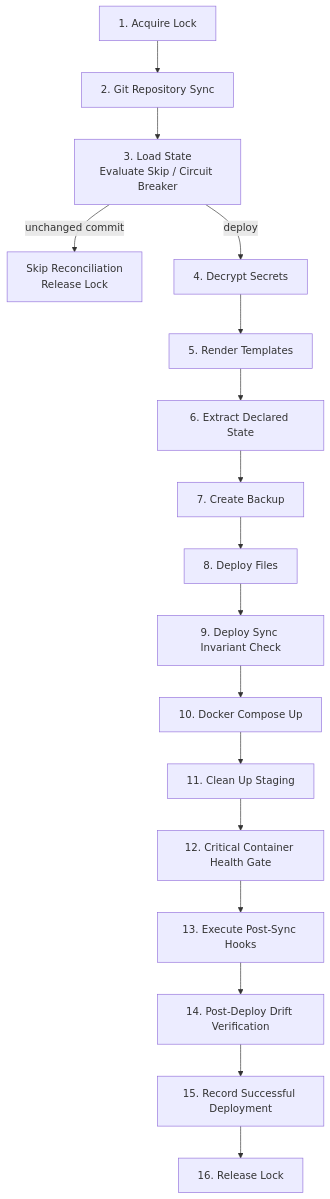
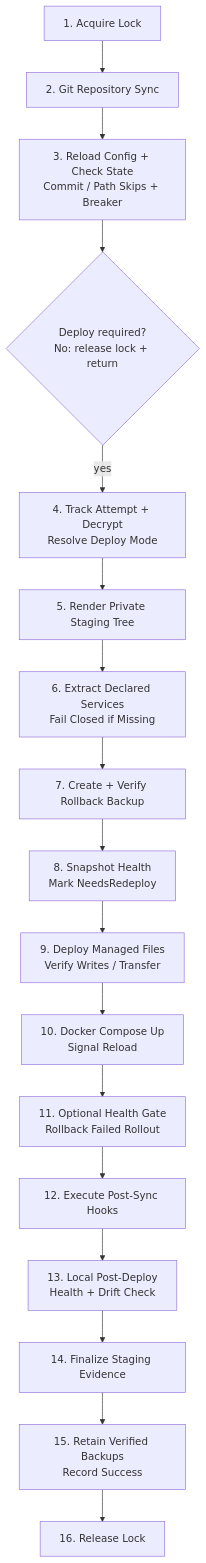
One commit to cameronsjo/bosun changed the diagram in docs/diagrams/reconcile-pipeline.mmd. Above: the diagram before and after it, drawn with Mermaid. The commit also changed 1 other file, not shown here.

Commit message:
docs: align reconcile diagram with deployed pipeline
* docs: refresh reconcile and locking diagrams

Fixes #436

* docs: align reconcile diagram with deployed pipeline

* docs: show reconcile skip exit in diagram

---------

```diff
--- a/docs/diagrams/reconcile-pipeline.mmd
+++ b/docs/diagrams/reconcile-pipeline.mmd
@@ -1,17 +1,17 @@
 flowchart TD
     AcquireLock["1. Acquire Lock"] --> GitSync["2. Git Repository Sync"]
-    GitSync --> LoadState["3. Load State<br/>Evaluate Skip / Circuit Breaker"]
-    LoadState -->|unchanged commit| Skip["Skip Reconciliation<br/>Release Lock"]
-    LoadState -->|deploy| Decrypt["4. Decrypt Secrets"]
-    Decrypt --> Render["5. Render Templates"]
-    Render --> DeclaredState["6. Extract Declared State"]
-    DeclaredState --> Backup["7. Create Backup"]
-    Backup --> Deploy["8. Deploy Files"]
-    Deploy --> Invariant["9. Deploy Sync Invariant Check"]
-    Invariant --> Compose["10. Docker Compose Up"]
-    Compose --> Cleanup["11. Clean Up Staging"]
-    Cleanup --> HealthGate["12. Critical Container Health Gate"]
-    HealthGate --> Hooks["13. Execute Post-Sync Hooks"]
-    Hooks --> Verify["14. Post-Deploy Drift Verification"]
-    Verify --> SaveState["15. Record Successful Deployment"]
+    GitSync --> LoadState["3. Reload Config + Check State<br/>Commit / Path Skips + Breaker"]
+    LoadState --> DeployGate{"Deploy required?<br/>No: release lock + return"}
+    DeployGate -->|yes| Decrypt["4. Track Attempt + Decrypt<br/>Resolve Deploy Mode"]
+    Decrypt --> Render["5. Render Private Staging Tree"]
+    Render --> DeclaredState["6. Extract Declared Services<br/>Fail Closed if Missing"]
+    DeclaredState --> Backup["7. Create + Verify Rollback Backup"]
+    Backup --> Prepare["8. Snapshot Health<br/>Mark NeedsRedeploy"]
+    Prepare --> Deploy["9. Deploy Managed Files<br/>Verify Writes / Transfer"]
+    Deploy --> Compose["10. Docker Compose Up<br/>Signal Reload"]
+    Compose --> HealthGate["11. Optional Health Gate<br/>Rollback Failed Rollout"]
+    HealthGate --> Hooks["12. Execute Post-Sync Hooks"]
+    Hooks --> Verify["13. Local Post-Deploy<br/>Health + Drift Check"]
+    Verify --> Cleanup["14. Finalize Staging Evidence"]
+    Cleanup --> SaveState["15. Retain Verified Backups<br/>Record Success"]
     SaveState --> ReleaseLock["16. Release Lock"]
```
